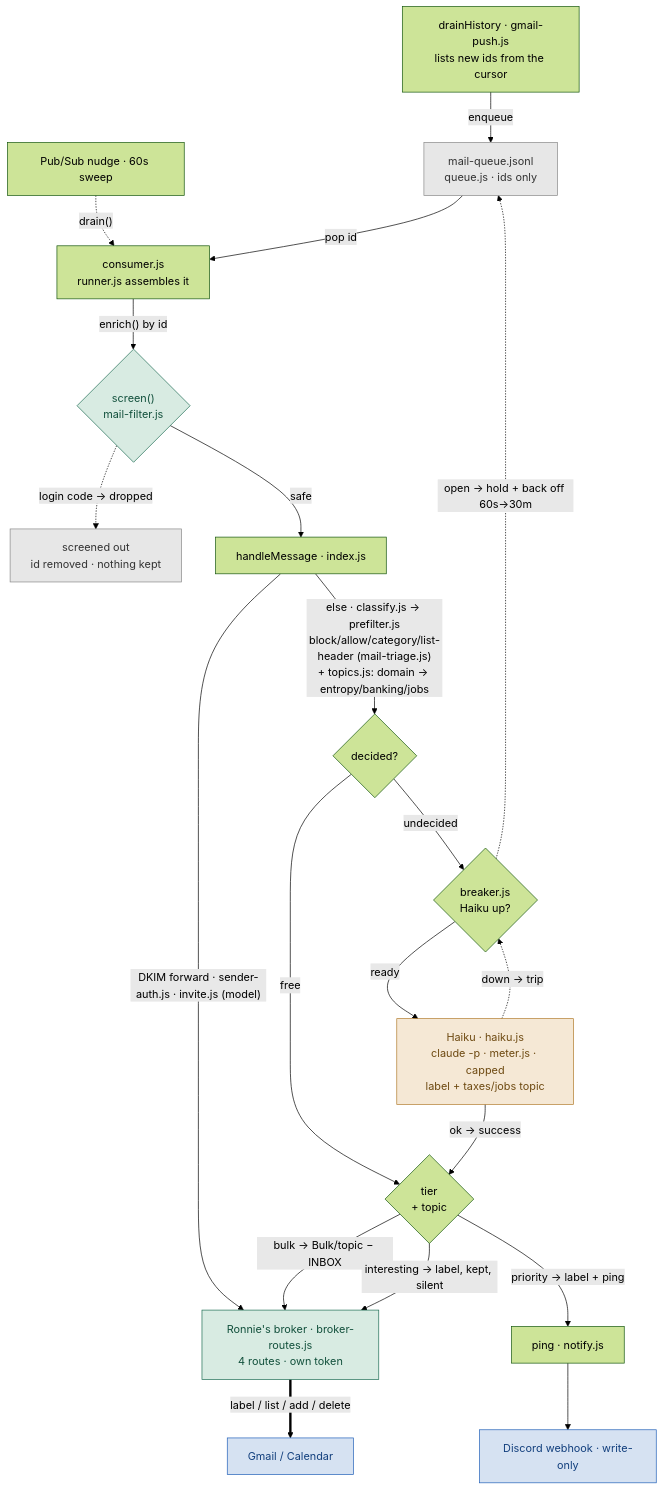
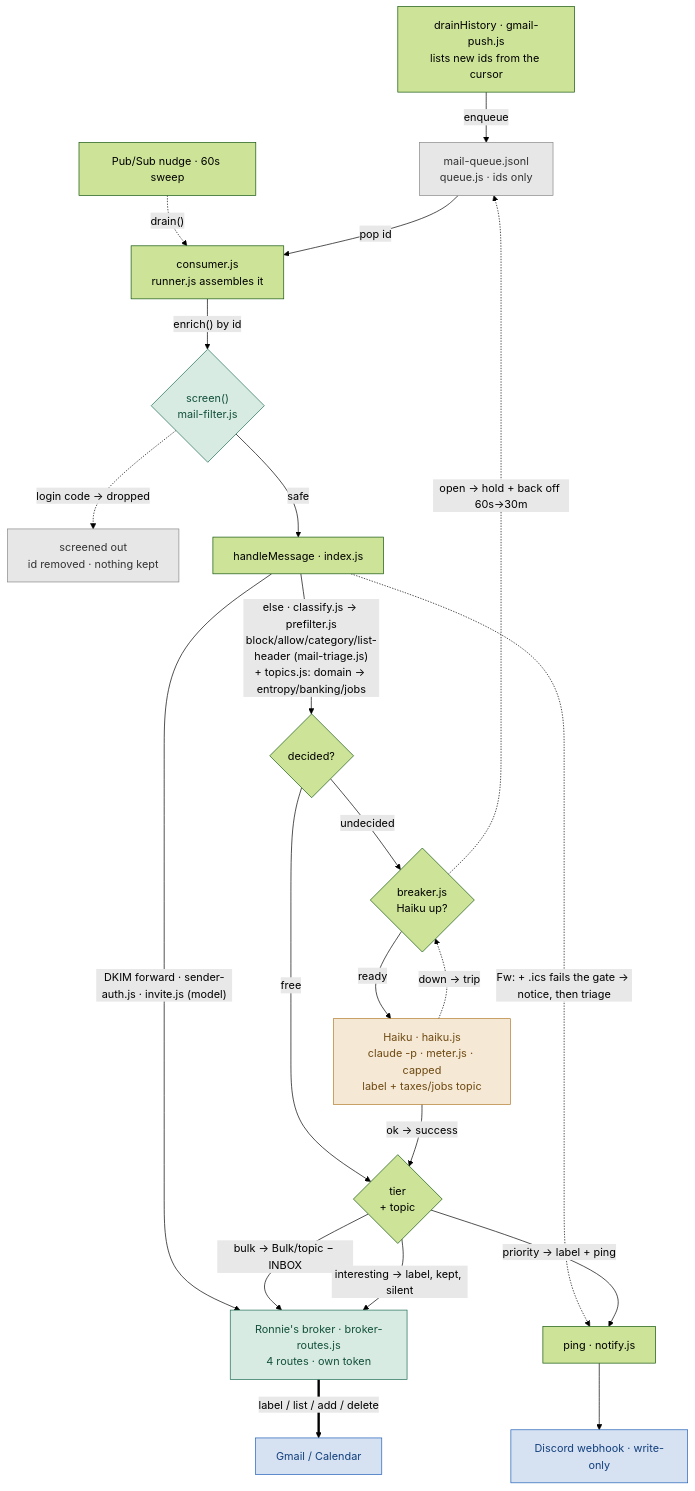
Before and after one commit to KubaJerz/alfred-node: the third of 6 diagrams in SYSTEM-MAP.md, drawn with Mermaid (forest theme). The commit also changed 6 other files, not shown here.

````diff
--- a/SYSTEM-MAP.md
+++ b/SYSTEM-MAP.md
@@ -180,31 +180,32 @@
 ```mermaid
 flowchart TD
     D["drainHistory · gmail-push.js<br/>lists new ids from the cursor"] -->|"enqueue"| Q["mail-queue.jsonl<br/>queue.js · ids only"]
     T["Pub/Sub nudge · 60s sweep"] -.->|"drain()"| C
     Q -->|"pop id"| C["consumer.js<br/>runner.js assembles it"]
     C -->|"enrich() by id"| SC{"screen()<br/>mail-filter.js"}
     SC -.->|"login code → dropped"| X["screened out<br/>id removed · nothing kept"]
     SC -->|"safe"| H["handleMessage · index.js"]
     H -->|"DKIM forward · sender-auth.js · invite.js (model)"| RBR
+    H -.->|"Fw: + .ics fails the gate → notice, then triage"| PING
     H -->|"else · classify.js → prefilter.js<br/>block/allow/category/list-header (mail-triage.js)<br/>+ topics.js: domain → entropy/banking/jobs"| PF{"decided?"}
     PF -->|"free"| ACT
     PF -->|"undecided"| BR{"breaker.js<br/>Haiku up?"}
     BR -->|"ready"| HK["Haiku · haiku.js<br/>claude -p · meter.js · capped<br/>label + taxes/jobs topic"]
     BR -.->|"open → hold + back off 60s→30m"| Q
     HK -->|"ok → success"| ACT{"tier<br/>+ topic"}
     HK -.->|"down → trip"| BR
     ACT -->|"bulk → Bulk/topic − INBOX"| RBR
     ACT -->|"interesting → label, kept, silent"| RBR
     ACT -->|"priority → label + ping"| PING["ping · notify.js"]
     RBR["Ronnie's broker · broker-routes.js<br/>4 routes · own token"] ==>|"label / list / add / delete"| GM["Gmail / Calendar"]
     PING --> DIS["Discord webhook · write-only"]
 
     classDef external fill:#d6e2f2,stroke:#1f5fb8,color:#123f7d
     classDef gateway fill:#d8ebe2,stroke:#1b6b52,color:#12503c
     classDef agent fill:#f5e8d5,stroke:#b07a2a,color:#6e4a12
     classDef store fill:#e7e7e7,stroke:#888,color:#333
     class GM,DIS external
     class SC,RBR gateway
     class HK agent
     class Q,X store
 ```
````
